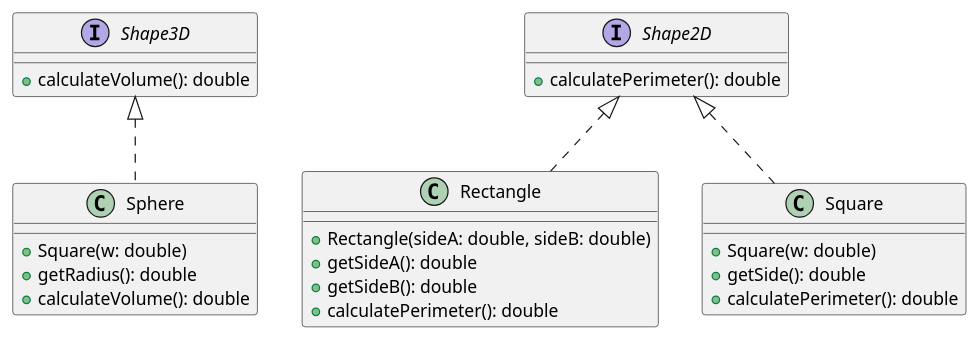
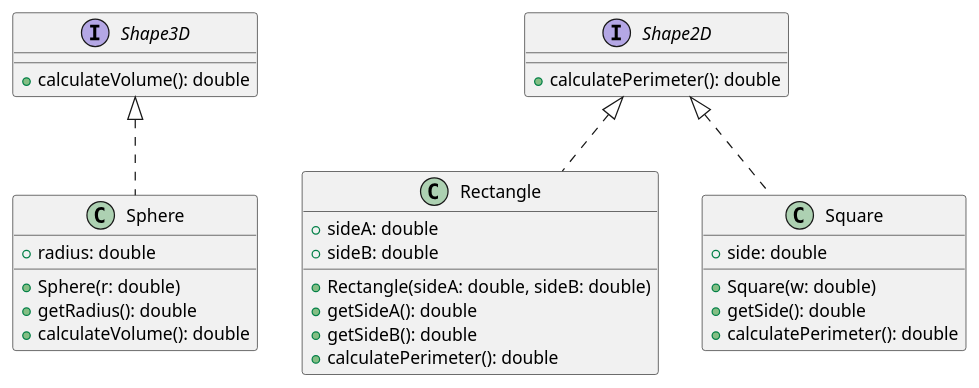
The diagram in src/I_Principle/I_Principle.md (nicholasnikolov90/ENSF_607_Assignment4), drawn with PlantUML before and after one commit. The commit also changed 3 other files, not shown here.

```diff
--- a/src/I_Principle/I_Principle.md
+++ b/src/I_Principle/I_Principle.md
@@ -1,35 +1,39 @@
 @startuml
 
 interface Shape3D{
 +calculateVolume(): double 
 }
 
 interface Shape2D{
 +calculatePerimeter(): double
 }
 
 class Rectangle{
++sideA: double
++sideB: double
 + Rectangle(sideA: double, sideB: double)
 + getSideA(): double
 + getSideB(): double
 + calculatePerimeter(): double
 }
 
 
 class Square{
++side: double
 + Square(w: double)
 + getSide(): double
 + calculatePerimeter(): double
 }
 
 class Sphere{
-+ Square(w: double)
++radius: double
++ Sphere(r: double)
 + getRadius(): double
 + calculateVolume(): double
 }
 
 Class Square implements Shape2D
 Class Rectangle implements Shape2D
 Class Sphere implements Shape3D
 
 @enduml
```
